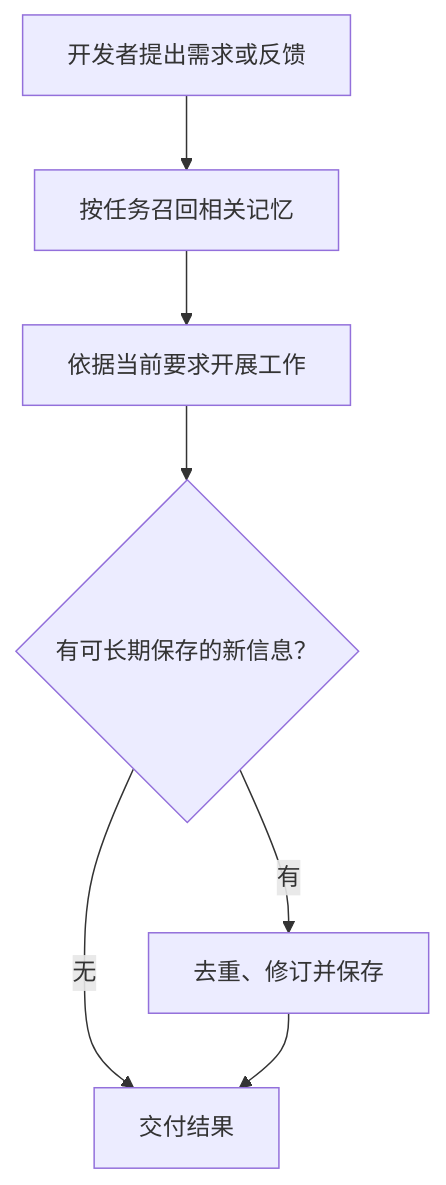
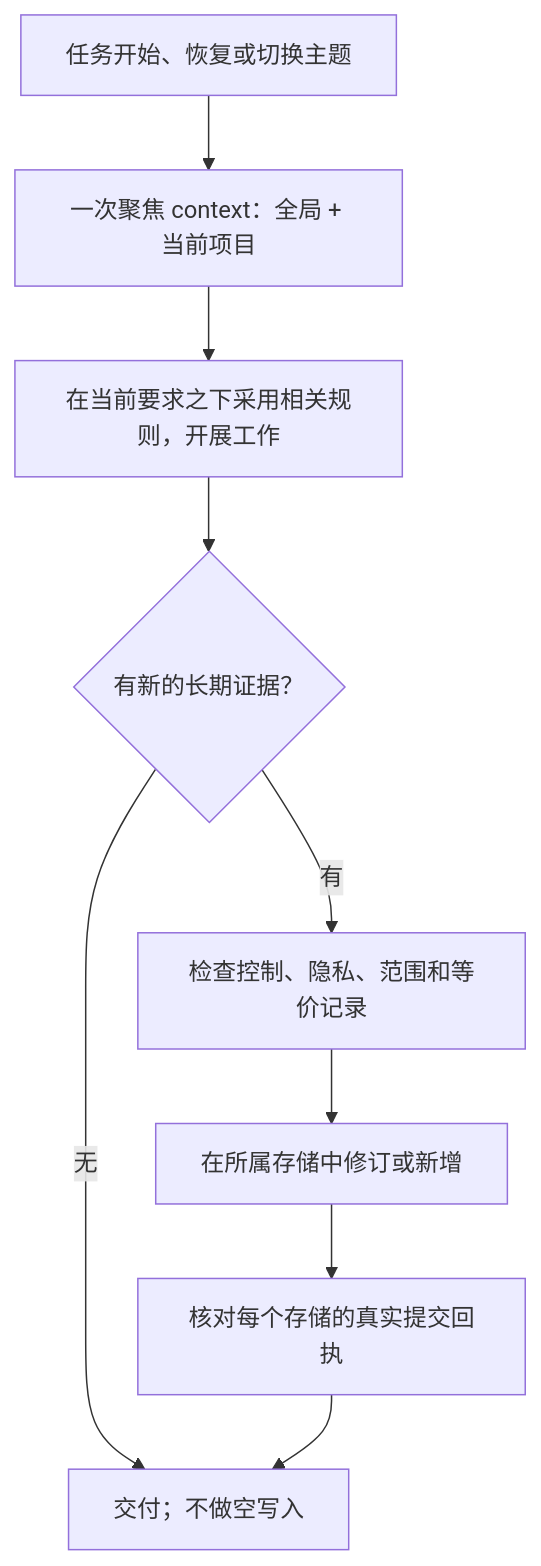
One commit to chrisstarr7/dev-memory changed the second of 3 diagrams in docs/readme/README.zh-CN.md. Above: the diagram before and after it, drawn with Mermaid. The commit also changed other lines of this file and 17 other files, not shown here.

````diff
--- a/docs/readme/README.zh-CN.md
+++ b/docs/readme/README.zh-CN.md
@@ -65,9 +82,11 @@
 ```mermaid
 flowchart TD
-    A["开发者提出需求或反馈"] --> B["按任务召回相关记忆"]
-    B --> C["依据当前要求开展工作"]
-    C --> D{"有可长期保存的新信息？"}
-    D -- "有" --> E["去重、修订并保存"]
-    D -- "无" --> F["交付结果"]
-    E --> F
+    R["任务开始、恢复或切换主题"] --> L["一次聚焦 context：全局 + 当前项目"]
+    L --> W["在当前要求之下采用相关规则，开展工作"]
+    W --> E{"有新的长期证据？"}
+    E -- "无" --> F["交付；不做空写入"]
+    E -- "有" --> J["检查控制、隐私、范围和等价记录"]
+    J --> B["在所属存储中修订或新增"]
+    B --> K["核对每个存储的真实提交回执"]
+    K --> F
 ```
````
